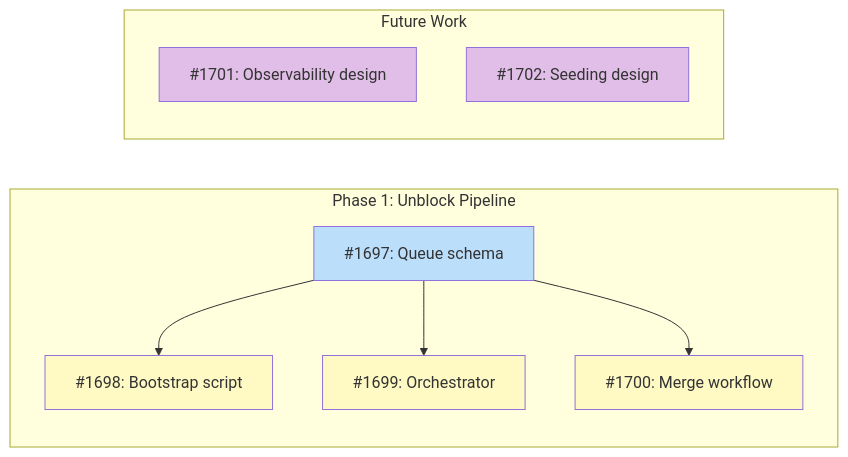
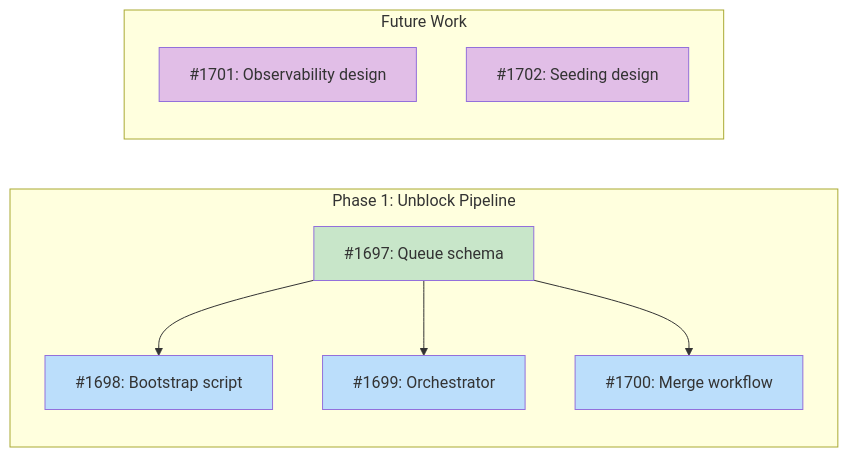
The first of 4 diagrams in docs/designs/DESIGN-pipeline-dashboard.md (tsukumogami/tsuku), drawn with Mermaid before and after one commit. The commit also changed other lines of this file, not shown here.

Commit message:
docs(pipeline): mark #1697 queue schema as implemented
Update dependency graph: #1697 done, #1698/#1699/#1700 now ready.

````diff
--- a/docs/designs/DESIGN-pipeline-dashboard.md
+++ b/docs/designs/DESIGN-pipeline-dashboard.md
@@ -54,27 +54,27 @@
 ```mermaid
 graph LR
     subgraph Phase1["Phase 1: Unblock Pipeline"]
         I1697["#1697: Queue schema"]
         I1698["#1698: Bootstrap script"]
         I1699["#1699: Orchestrator"]
         I1700["#1700: Merge workflow"]
     end
 
     subgraph Future["Future Work"]
         I1701["#1701: Observability design"]
         I1702["#1702: Seeding design"]
     end
 
     I1697 --> I1698
     I1697 --> I1699
     I1697 --> I1700
 
     classDef done fill:#c8e6c9
     classDef ready fill:#bbdefb
     classDef blocked fill:#fff9c4
     classDef needsDesign fill:#e1bee7
 
-    class I1697 ready
-    class I1698,I1699,I1700 blocked
+    class I1697 done
+    class I1698,I1699,I1700 ready
     class I1701,I1702 needsDesign
 ```
````
